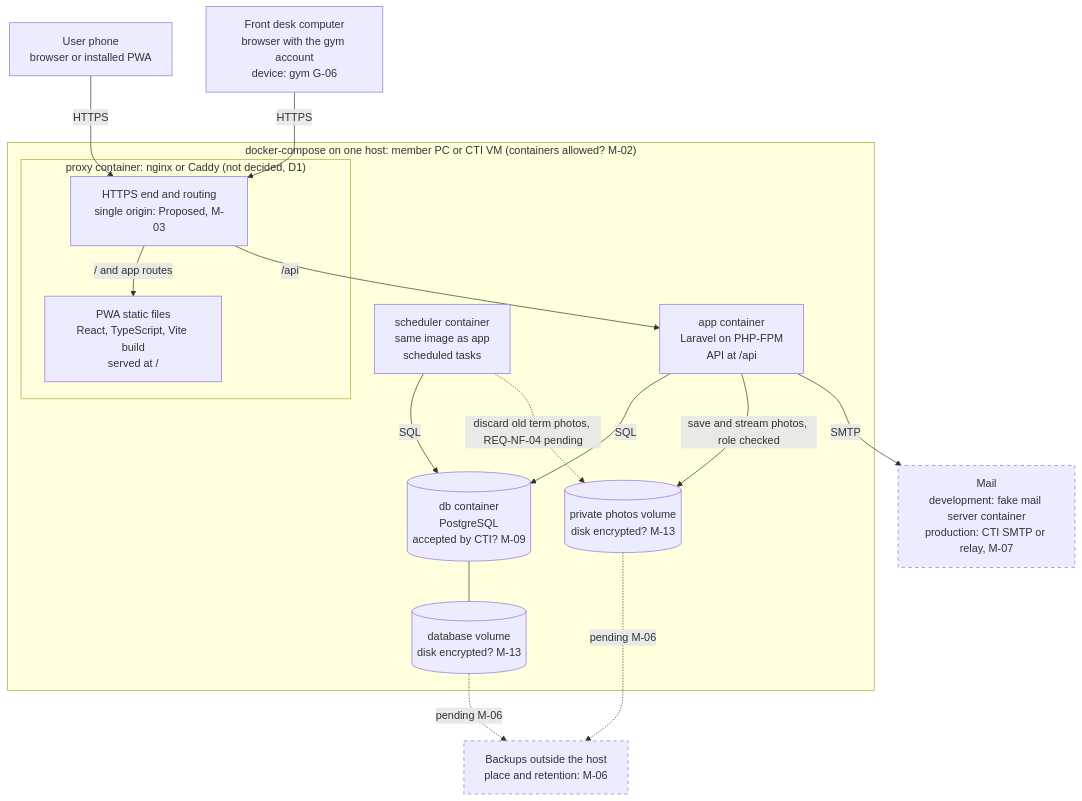
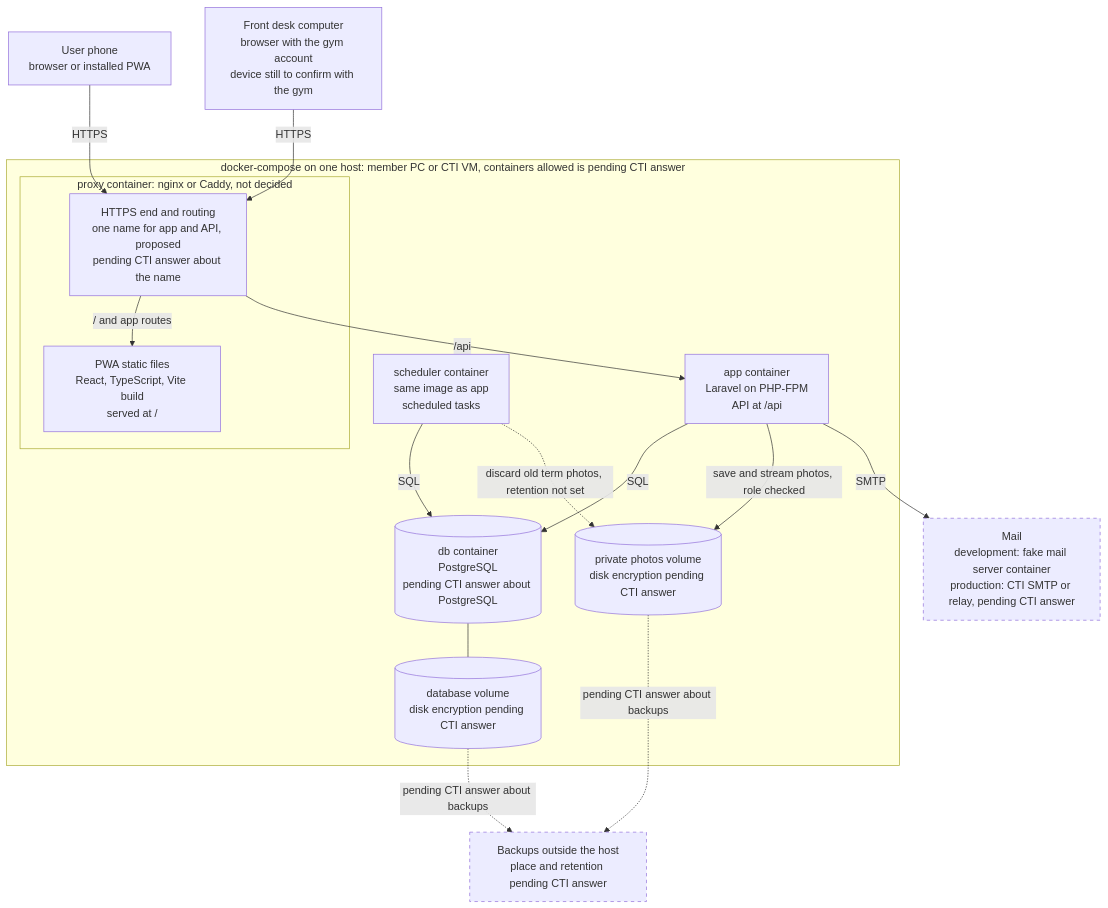
The second of 5 diagrams in docs/design/architecture.md (Th3-Minorities/natatorio-gym-app), drawn with Mermaid before and after one commit. The commit also changed other lines of this file, not shown here.

Commit message:
Label each architecture diagram and move IDs out of the diagrams

````diff
--- a/docs/design/architecture.md
+++ b/docs/design/architecture.md
@@ -47,36 +56,36 @@
 ```mermaid
 flowchart TD
   PH["User phone<br/>browser or installed PWA"]
-  FD["Front desk computer<br/>browser with the gym account<br/>device: gym G-06"]
+  FD["Front desk computer<br/>browser with the gym account<br/>device still to confirm with the gym"]
 
-  subgraph HOST["docker-compose on one host: member PC or CTI VM (containers allowed? M-02)"]
-    subgraph PXC["proxy container: nginx or Caddy (not decided, D1)"]
-      PX["HTTPS end and routing<br/>single origin: Proposed, M-03"]
+  subgraph HOST["docker-compose on one host: member PC or CTI VM, containers allowed is pending CTI answer"]
+    subgraph PXC["proxy container: nginx or Caddy, not decided"]
+      PX["HTTPS end and routing<br/>one name for app and API, proposed<br/>pending CTI answer about the name"]
       ST["PWA static files<br/>React, TypeScript, Vite build<br/>served at /"]
     end
     APP["app container<br/>Laravel on PHP-FPM<br/>API at /api"]
     SCH["scheduler container<br/>same image as app<br/>scheduled tasks"]
-    DB[("db container<br/>PostgreSQL<br/>accepted by CTI? M-09")]
-    DV[("database volume<br/>disk encrypted? M-13")]
-    PV[("private photos volume<br/>disk encrypted? M-13")]
+    DB[("db container<br/>PostgreSQL<br/>pending CTI answer about PostgreSQL")]
+    DV[("database volume<br/>disk encryption pending CTI answer")]
+    PV[("private photos volume<br/>disk encryption pending CTI answer")]
   end
 
-  MAIL["Mail<br/>development: fake mail server container<br/>production: CTI SMTP or relay, M-07"]
-  BK["Backups outside the host<br/>place and retention: M-06"]
+  MAIL["Mail<br/>development: fake mail server container<br/>production: CTI SMTP or relay, pending CTI answer"]
+  BK["Backups outside the host<br/>place and retention pending CTI answer"]
 
   PH -->|"HTTPS"| PX
   FD -->|"HTTPS"| PX
   PX -->|"/ and app routes"| ST
   PX -->|"/api"| APP
   APP -->|"SQL"| DB
   DB --- DV
   APP -->|"save and stream photos, role checked"| PV
   SCH -->|"SQL"| DB
-  SCH -.->|"discard old term photos, REQ-NF-04 pending"| PV
+  SCH -.->|"discard old term photos, retention not set"| PV
   APP -->|"SMTP"| MAIL
-  DV -.->|"pending M-06"| BK
-  PV -.->|"pending M-06"| BK
+  DV -.->|"pending CTI answer about backups"| BK
+  PV -.->|"pending CTI answer about backups"| BK
 
   classDef pending stroke-dasharray: 5 5
   class MAIL,BK pending
 ```
````
